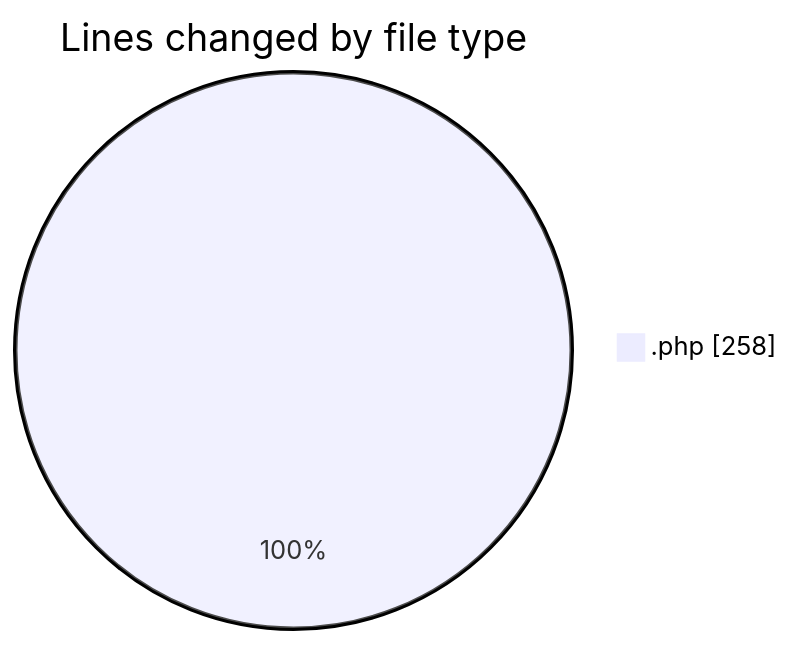
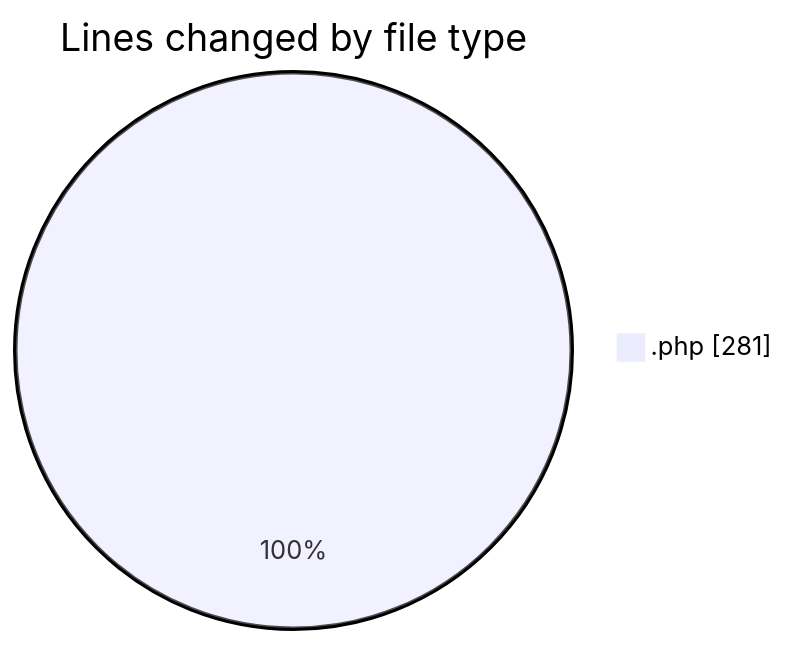
The first of 2 diagrams in 2025-01-24/web/README.md (LanceThiago/code-tracking), drawn with Mermaid before and after one commit. The commit also changed other lines of this file and 1 other file, not shown here.

````diff
--- a/2025-01-24/web/README.md
+++ b/2025-01-24/web/README.md
@@ -20,5 +21,5 @@
 ```mermaid
 pie showData
 title Lines changed by file type
-".php" : 258
+".php" : 281
 ```
````
